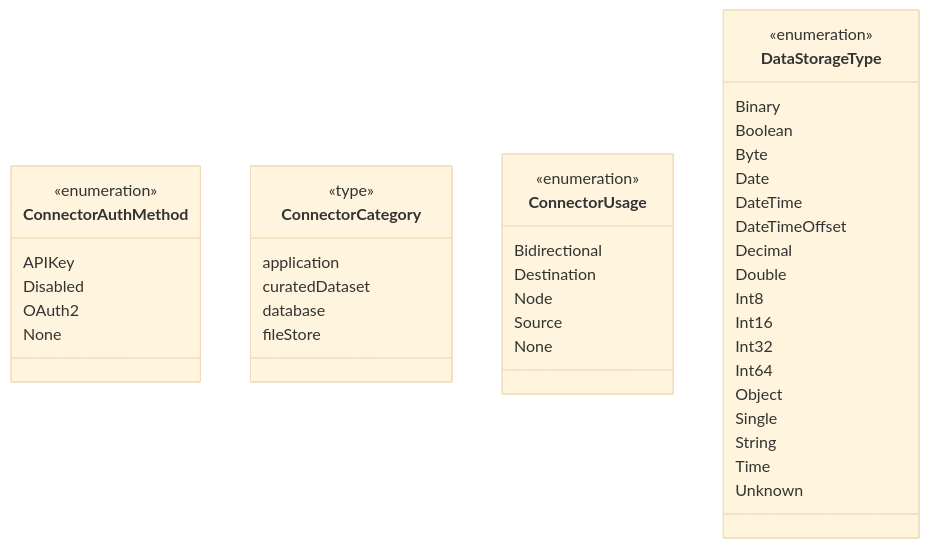
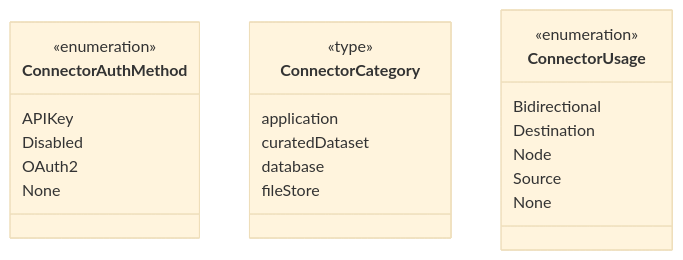
One commit to data-positioning/datapos-shared changed the fifth of 15 diagrams in README.md. Above: the diagram before and after it, drawn with Mermaid (base theme). The commit also changed 5 other files, not shown here.

````diff
--- a/README.md
+++ b/README.md
@@ -174,50 +174,29 @@
 ```mermaid
 classDiagram
     direction TB
 
     class ConnectorAuthMethod {
         <<enumeration>>
         APIKey
         Disabled
         OAuth2
         None
     }
 
     class ConnectorCategory {
         <<type>>
         application
         curatedDataset
         database
         fileStore
     }
 
     class ConnectorUsage {
         <<enumeration>>
         Bidirectional
         Destination
         Node
         Source
         None
     }
-
-    class DataStorageType {
-        <<enumeration>>
-        Binary
-        Boolean
-        Byte
-        Date
-        DateTime
-        DateTimeOffset
-        Decimal
-        Double
-        Int8
-        Int16
-        Int32
-        Int64
-        Object
-        Single
-        String
-        Time
-        Unknown
-    }
 ```
````
